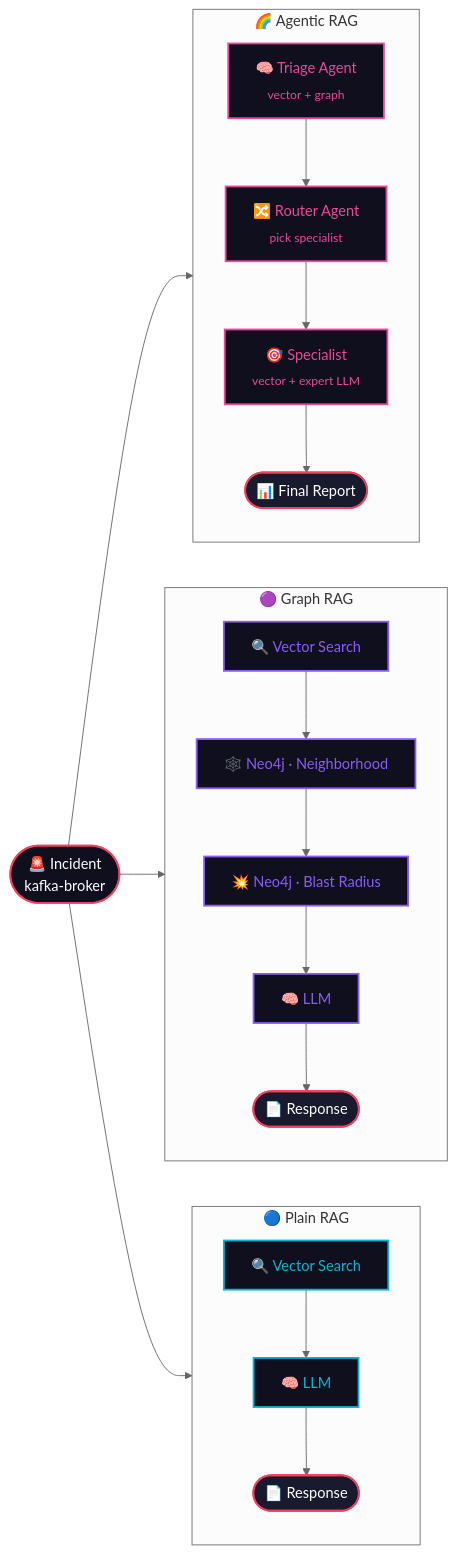
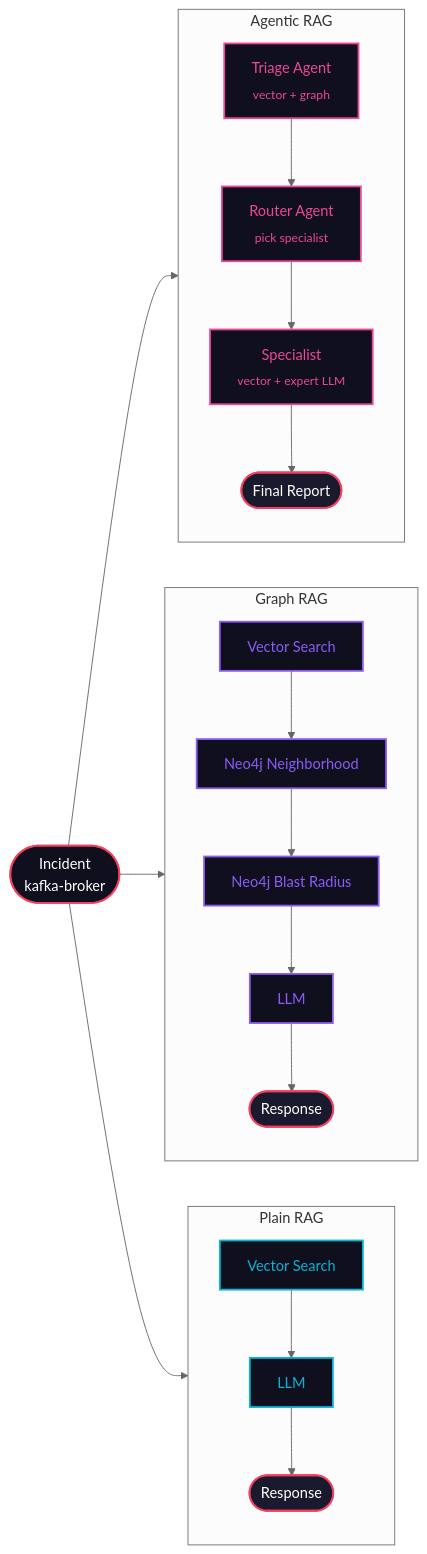
Before and after one commit to martin76ec/agentic-rag-workshop: the diagram in WORKSHOP.md, drawn with Mermaid (neutral theme). The commit also changed other lines of this file and 1 other file, not shown here.

````diff
--- a/WORKSHOP.md
+++ b/WORKSHOP.md
@@ -118,41 +118,41 @@
 ```mermaid
 flowchart LR
     classDef incident fill:#0f0f1e,stroke:#F43F5E,stroke-width:2px,color:#fff
     classDef plain    fill:#0f0f1e,stroke:#06B6D4,stroke-width:2px,color:#06B6D4
     classDef graphmode fill:#0f0f1e,stroke:#8B5CF6,stroke-width:2px,color:#8B5CF6
     classDef agentic  fill:#0f0f1e,stroke:#EC4899,stroke-width:2px,color:#EC4899
     classDef result   fill:#1a1a2e,stroke:#F43F5E,stroke-width:2px,color:#fff
 
-    I([🚨 Incident<br/>kafka-broker]):::incident
+    I([Incident<br/>kafka-broker]):::incident
 
-    subgraph P [" 🔵 Plain RAG "]
+    subgraph P [" Plain RAG "]
         direction TB
-        P1[🔍 Vector Search]:::plain
-        P2[🧠 LLM]:::plain
-        P3([📄 Response]):::result
+        P1[Vector Search]:::plain
+        P2[LLM]:::plain
+        P3([Response]):::result
         P1 --> P2 --> P3
     end
 
-    subgraph G [" 🟣 Graph RAG "]
+    subgraph G [" Graph RAG "]
         direction TB
-        G1[🔍 Vector Search]:::graphmode
-        G2[🕸️ Neo4j · Neighborhood]:::graphmode
-        G3[💥 Neo4j · Blast Radius]:::graphmode
-        G4[🧠 LLM]:::graphmode
-        G5([📄 Response]):::result
+        G1[Vector Search]:::graphmode
+        G2[Neo4j Neighborhood]:::graphmode
+        G3[Neo4j Blast Radius]:::graphmode
+        G4[LLM]:::graphmode
+        G5([Response]):::result
         G1 --> G2 --> G3 --> G4 --> G5
     end
 
-    subgraph A [" 🌈 Agentic RAG "]
+    subgraph A [" Agentic RAG "]
         direction TB
-        A1[🧠 Triage Agent<br/><sub>vector + graph</sub>]:::agentic
-        A2[🔀 Router Agent<br/><sub>pick specialist</sub>]:::agentic
-        A3[🎯 Specialist<br/><sub>vector + expert LLM</sub>]:::agentic
-        A4([📊 Final Report]):::result
+        A1[Triage Agent<br/><sub>vector + graph</sub>]:::agentic
+        A2[Router Agent<br/><sub>pick specialist</sub>]:::agentic
+        A3[Specialist<br/><sub>vector + expert LLM</sub>]:::agentic
+        A4([Final Report]):::result
         A1 --> A2 --> A3 --> A4
     end
 
     I --> P1
     I --> G1
     I --> A1
 ```
````
